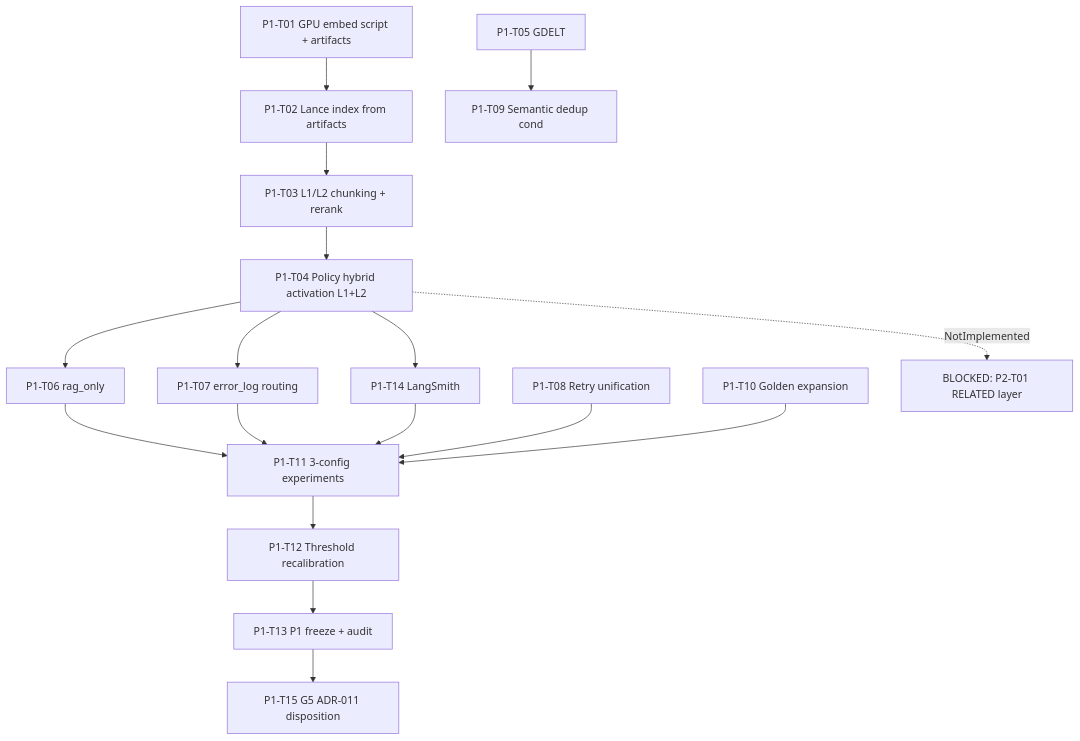
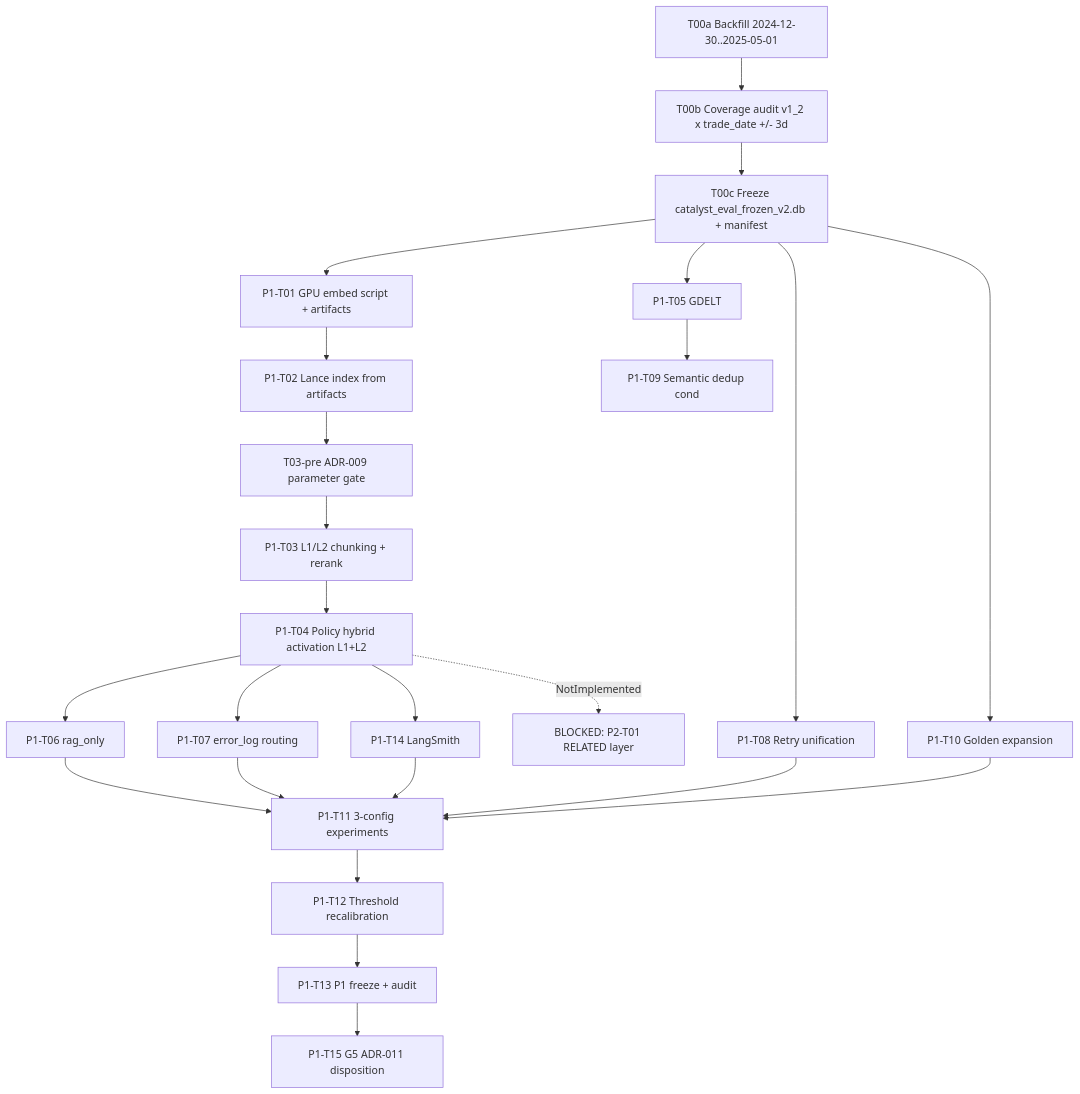
Before and after one commit to YiannisChen/Catalyst: the diagram in docs/plans/2026-05-06-p1-implementation-plan.md, drawn with Mermaid. The commit also changed other lines of this file and 17 other files, not shown here.

````diff
--- a/docs/plans/2026-05-06-p1-implementation-plan.md
+++ b/docs/plans/2026-05-06-p1-implementation-plan.md
@@ -42,32 +44,39 @@
 ```mermaid
 flowchart TD
+  T00A[T00a Backfill 2024-12-30..2025-05-01]
+  T00B[T00b Coverage audit v1_2 x trade_date +/- 3d]
+  T00C[T00c Freeze catalyst_eval_frozen_v2.db + manifest]
   T01[P1-T01 GPU embed script + artifacts]
   T02[P1-T02 Lance index from artifacts]
+  T03PRE[T03-pre ADR-009 parameter gate]
   T03[P1-T03 L1/L2 chunking + rerank]
   T04[P1-T04 Policy hybrid activation L1+L2]
   T05[P1-T05 GDELT]
   T08[P1-T08 Retry unification]
   T10[P1-T10 Golden expansion]
   T06[P1-T06 rag_only]
   T07[P1-T07 error_log routing]
   T14[P1-T14 LangSmith]
   T09[P1-T09 Semantic dedup cond]
   T11[P1-T11 3-config experiments]
   T12[P1-T12 Threshold recalibration]
   T13[P1-T13 P1 freeze + audit]
   T15[P1-T15 G5 ADR-011 disposition]
   P2T01[BLOCKED: P2-T01 RELATED layer]
 
-  T01 --> T02 --> T03 --> T04
+  T00A --> T00B --> T00C --> T01 --> T02 --> T03PRE --> T03 --> T04
   T04 --> T06
   T04 --> T07
   T04 --> T14
+  T00C --> T05
+  T00C --> T08
+  T00C --> T10
   T05 --> T09
   T06 --> T11
   T07 --> T11
   T14 --> T11
   T08 --> T11
   T10 --> T11
   T11 --> T12 --> T13 --> T15
   T04 -.->|"NotImplemented"| P2T01
 ```
````
